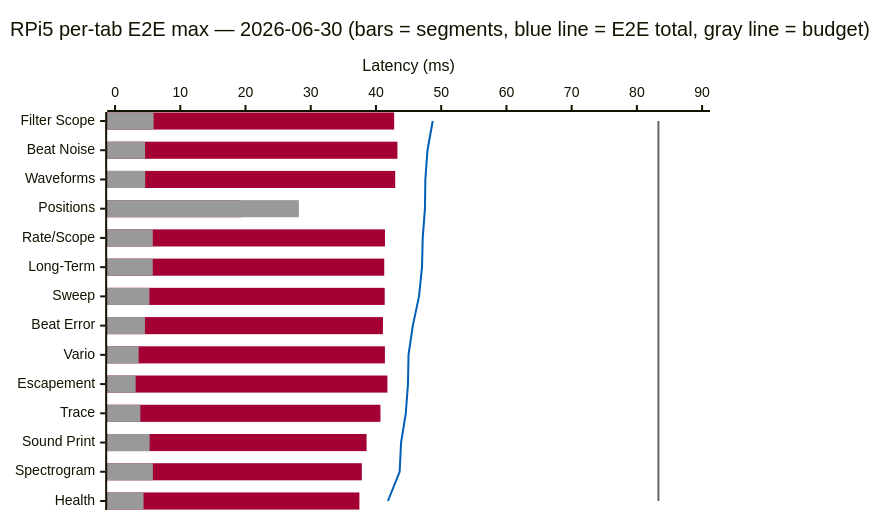
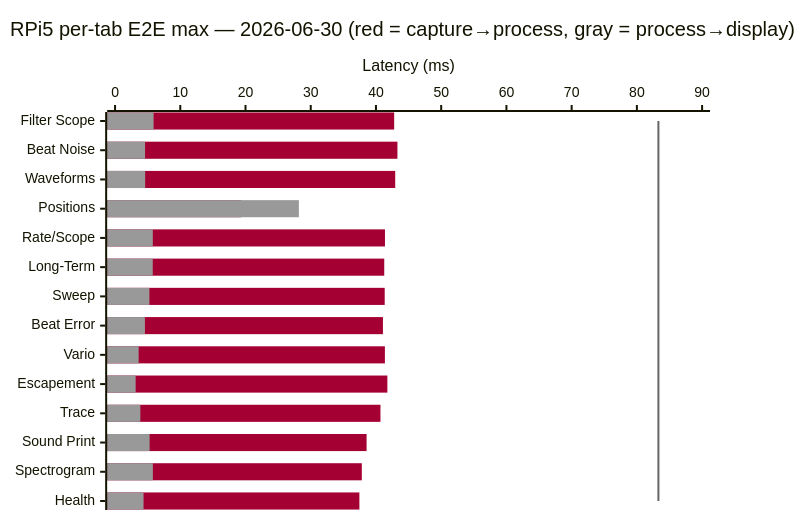
The fourth of 6 diagrams in Milestone/en/4-Planned-Experiments.md (lgcmu2026-team5/TimeGrapher-Docs), drawn with Mermaid before and after one commit. The commit also changed other lines of this file and 1 other file, not shown here.

Commit message:
docs: remove E2E total line from split chart

````diff
--- a/Milestone/en/4-Planned-Experiments.md
+++ b/Milestone/en/4-Planned-Experiments.md
@@ -188,11 +188,10 @@
 ```mermaid
-%%{init: {"themeVariables": {"xyChart": {"plotColorPalette": "#A50034, #999999, #005EB8, #666666"}}}}%%
+%%{init: {"themeVariables": {"xyChart": {"plotColorPalette": "#A50034, #999999, #666666"}}}}%%
 xychart-beta horizontal
-    title "RPi5 per-tab E2E max — 2026-06-30 (bars = segments, blue line = E2E total, gray line = budget)"
+    title "RPi5 per-tab E2E max — 2026-06-30 (red = capture→process, gray = process→display)"
     x-axis ["Filter Scope", "Beat Noise", "Waveforms", "Positions", "Rate/Scope", "Long-Term", "Sweep", "Beat Error", "Vario", "Escapement", "Trace", "Sound Print", "Spectrogram", "Health"]
     y-axis "Latency (ms)" 0 --> 90
     bar [42.79, 43.29, 42.95, 19.33, 41.38, 41.27, 41.34, 41.07, 41.37, 41.75, 40.69, 38.56, 37.83, 37.46]
     bar [5.91, 4.60, 4.62, 28.18, 5.79, 5.78, 5.27, 4.58, 3.62, 3.16, 3.88, 5.30, 5.80, 4.37]
-    line [48.70, 47.90, 47.57, 47.51, 47.17, 47.06, 46.60, 45.65, 44.99, 44.91, 44.57, 43.85, 43.63, 41.83]
     line [83.3, 83.3, 83.3, 83.3, 83.3, 83.3, 83.3, 83.3, 83.3, 83.3, 83.3, 83.3, 83.3, 83.3]
 ```
````
